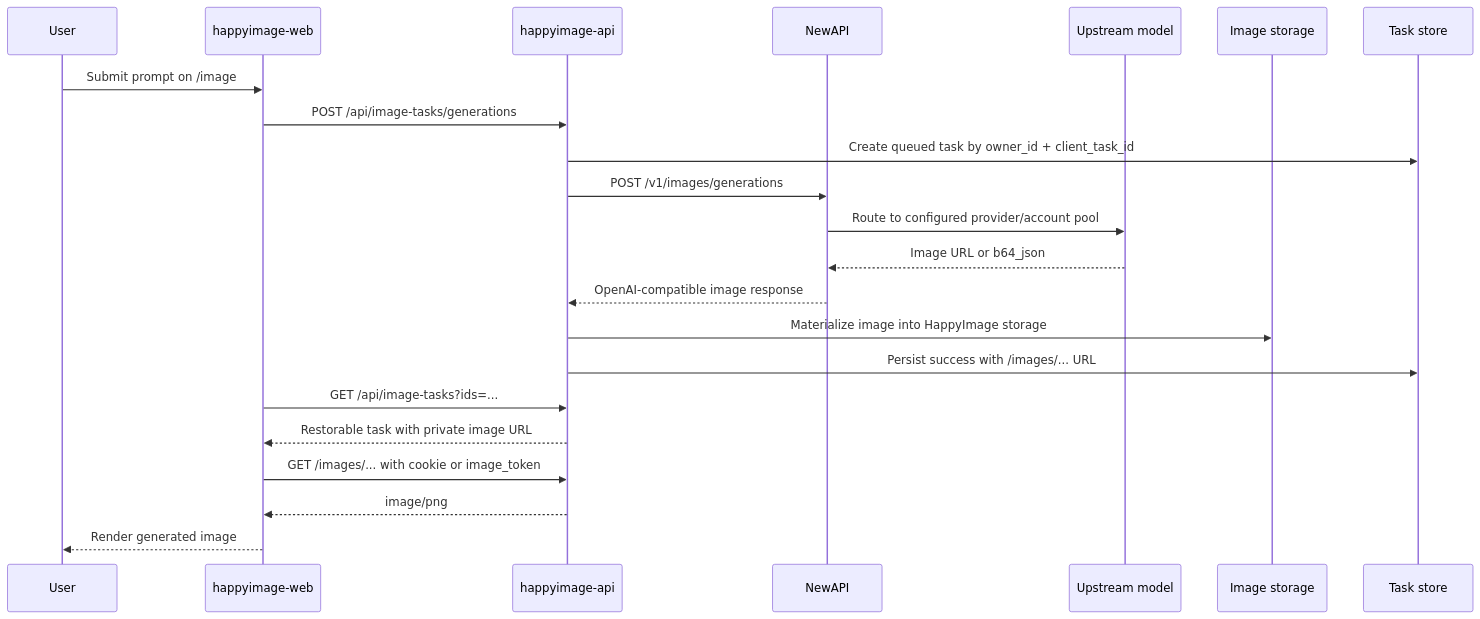
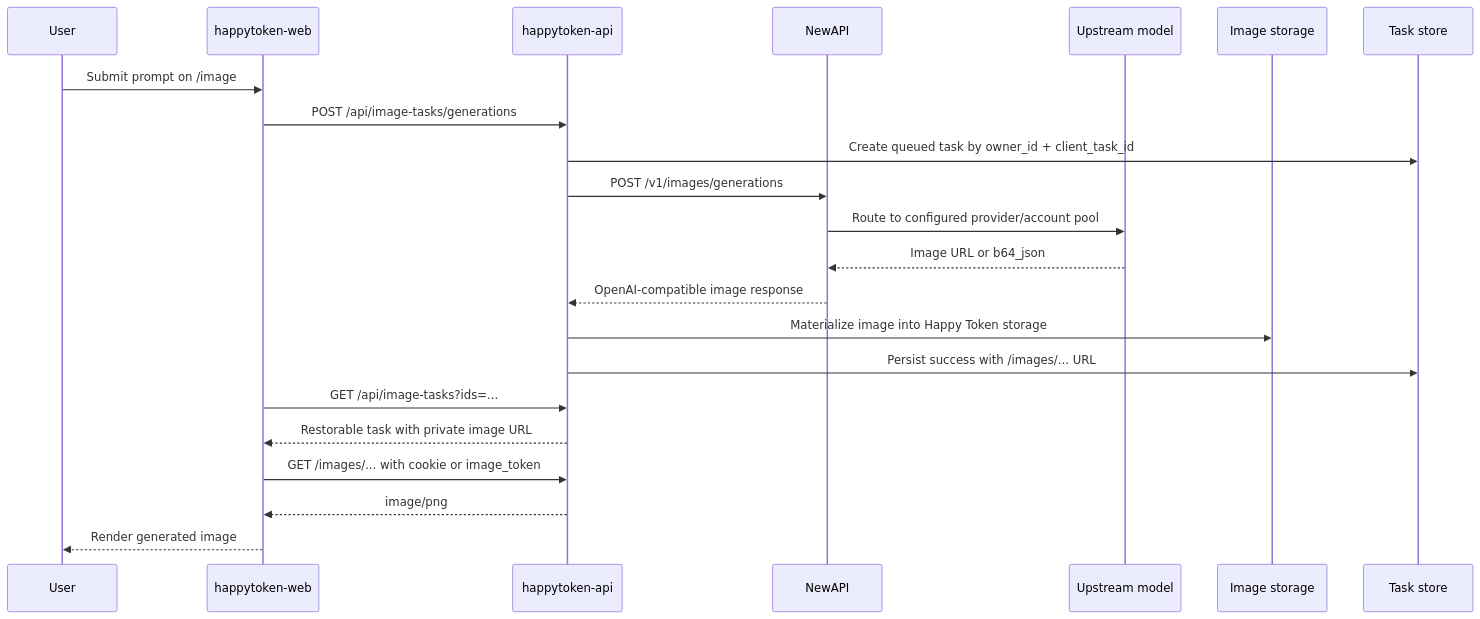
The third of 7 diagrams in docs/architecture.md (happy-token/HappyImage), drawn with Mermaid before and after one commit. The commit also changed other lines of this file and 109 other files, not shown here.

````diff
--- a/docs/architecture.md
+++ b/docs/architecture.md
@@ -67,25 +67,25 @@
 ```mermaid
 sequenceDiagram
   participant U as User
-  participant W as happyimage-web
-  participant A as happyimage-api
+  participant W as happytoken-web
+  participant A as happytoken-api
   participant N as NewAPI
   participant M as Upstream model
   participant S as Image storage
   participant T as Task store
 
   U->>W: Submit prompt on /image
   W->>A: POST /api/image-tasks/generations
   A->>T: Create queued task by owner_id + client_task_id
   A->>N: POST /v1/images/generations
   N->>M: Route to configured provider/account pool
   M-->>N: Image URL or b64_json
   N-->>A: OpenAI-compatible image response
-  A->>S: Materialize image into HappyImage storage
+  A->>S: Materialize image into Happy Token storage
   A->>T: Persist success with /images/... URL
   W->>A: GET /api/image-tasks?ids=...
   A-->>W: Restorable task with private image URL
   W->>A: GET /images/... with cookie or image_token
   A-->>W: image/png
   W-->>U: Render generated image
 ```
````
